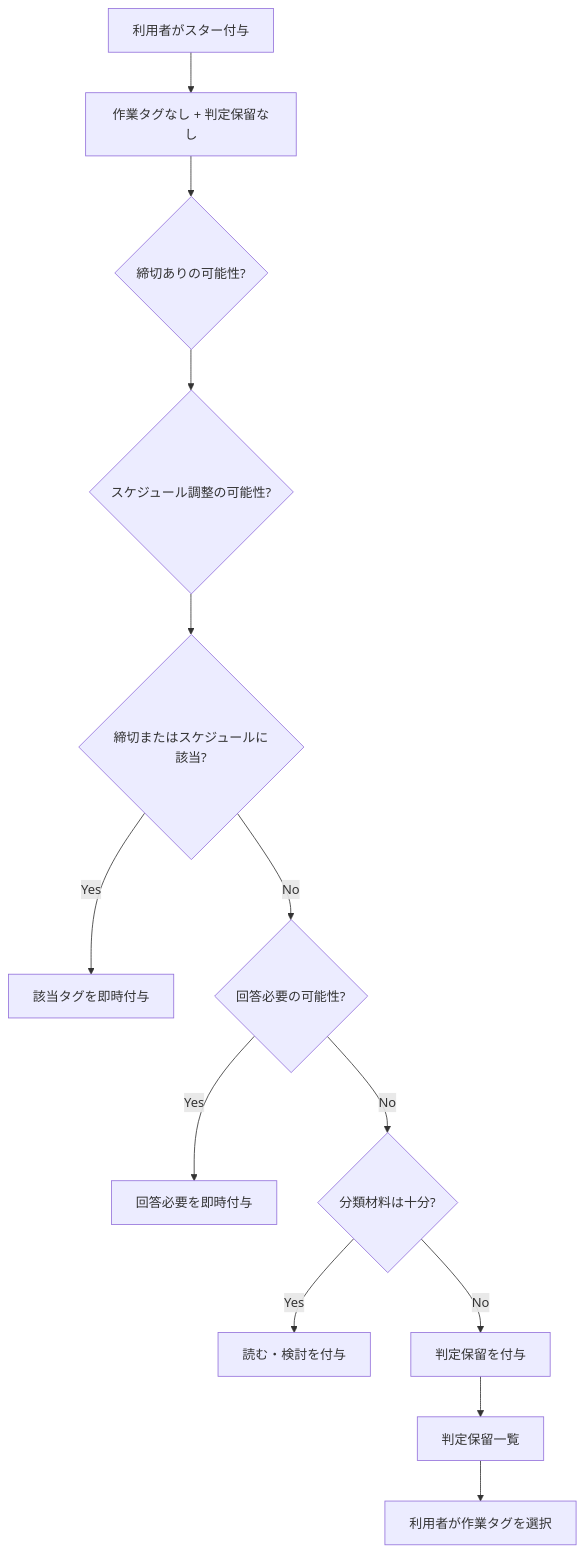
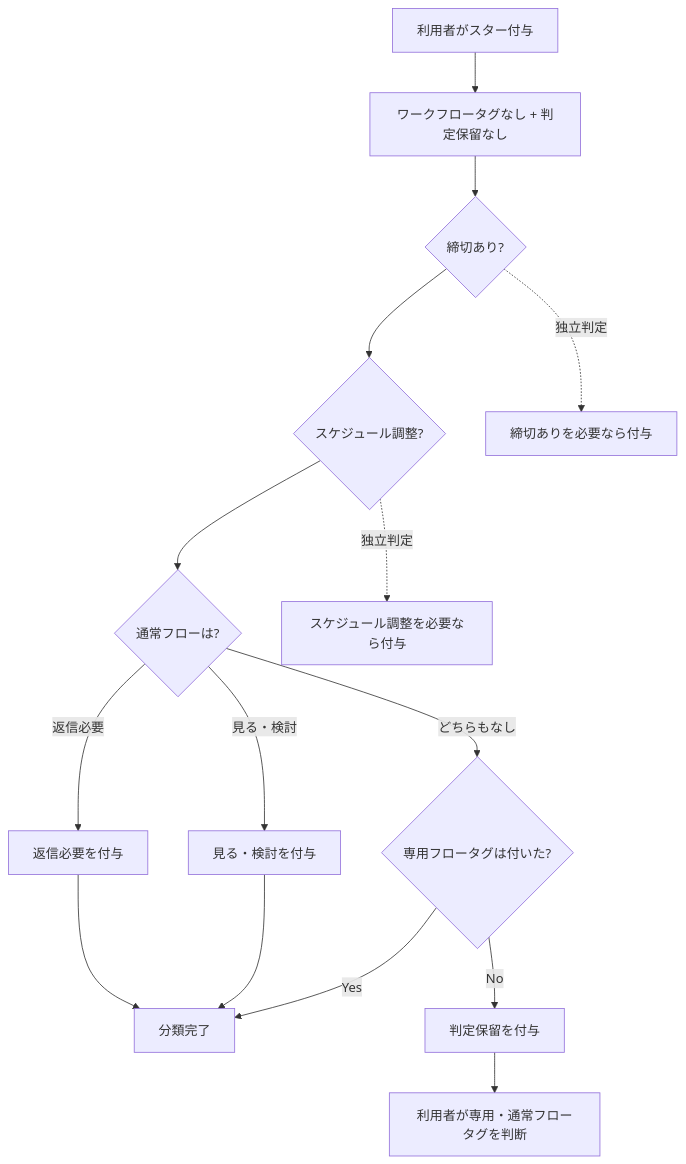
The first of 3 diagrams in docs/design_workflow.md (a3suger/WorkInBox), drawn with Mermaid before and after one commit. The commit also changed other lines of this file, not shown here.

````diff
--- a/docs/design_workflow.md
+++ b/docs/design_workflow.md
@@ -585,15 +606,17 @@
 ```mermaid
 flowchart TD
-    A[利用者がスター付与] --> B[作業タグなし + 判定保留なし]
-    B --> C{締切ありの可能性?}
-    C --> D{スケジュール調整の可能性?}
-    D --> E{締切またはスケジュールに該当?}
-    E -- Yes --> F[該当タグを即時付与]
-    E -- No --> G{回答必要の可能性?}
-    G -- Yes --> H[回答必要を即時付与]
-    G -- No --> I{分類材料は十分?}
-    I -- Yes --> J[読む・検討を付与]
-    I -- No --> K[判定保留を付与]
-    K --> L[判定保留一覧]
-    L --> M[利用者が作業タグを選択]
+    A[利用者がスター付与] --> B[ワークフロータグなし + 判定保留なし]
+    B --> C{締切あり?}
+    C --> D{スケジュール調整?}
+    D --> E{通常フローは?}
+    E -->|返信必要| F[返信必要を付与]
+    E -->|見る・検討| G[見る・検討を付与]
+    E -->|どちらもなし| H{専用フロータグは付いた?}
+    C -.独立判定.-> I[締切ありを必要なら付与]
+    D -.独立判定.-> J[スケジュール調整を必要なら付与]
+    H -->|Yes| K[分類完了]
+    H -->|No| L[判定保留を付与]
+    F --> K
+    G --> K
+    L --> M[利用者が専用・通常フロータグを判断]
 ```
````
